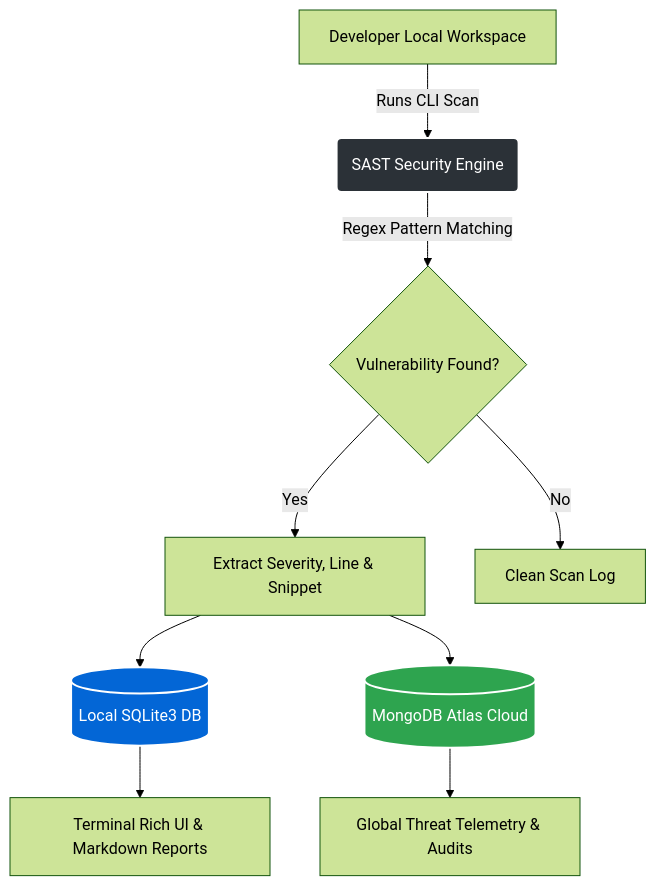
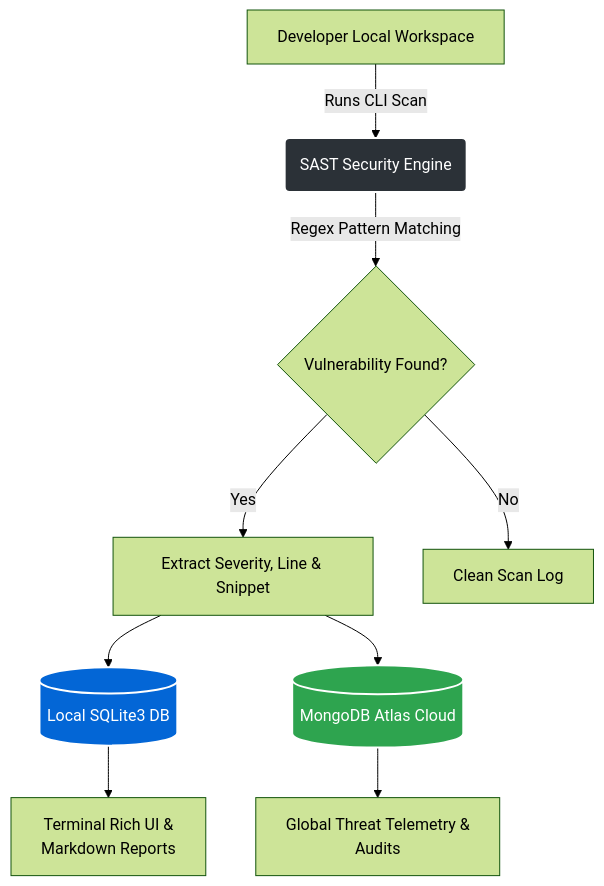
Before and after one commit to rajeshgurindapalli15-crypto/sast-security-analyzer: the diagram in README.md, drawn with Mermaid (forest theme).

````diff
--- a/README.md
+++ b/README.md
@@ -14,35 +14,20 @@
 ```mermaid
 
 graph TD
-
     A[Developer Local Workspace] -->|Runs CLI Scan| B(SAST Security Engine)
-
     B -->|Regex Pattern Matching| C{Vulnerability Found?}
-
     
-
     C -->|Yes| D[Extract Severity, Line & Snippet]
-
     C -->|No| E[Clean Scan Log]
-
     
-
     D --> F[(Local SQLite3 DB)]
-
     D --> G[(MongoDB Atlas Cloud)]
-
     
-
-    F --> H[Terminal Rich UI & Markdown Reports]
-
-    G --> I[Global Threat Telemetry & Audits]
-
-
+    F --> H["Terminal&nbsp;Rich&nbsp;UI&nbsp;&<br/>Markdown&nbsp;Reports"]
+    G --> I["Global&nbsp;Threat&nbsp;Telemetry&nbsp;&<br/>Audits"]
 
     style B fill:#2b3137,stroke:#fff,stroke-width:2px,color:#fff
-
     style F fill:#0366d6,stroke:#fff,stroke-width:2px,color:#fff
-
     style G fill:#2ea44f,stroke:#fff,stroke-width:2px,color:#fff
 
 ```
````
